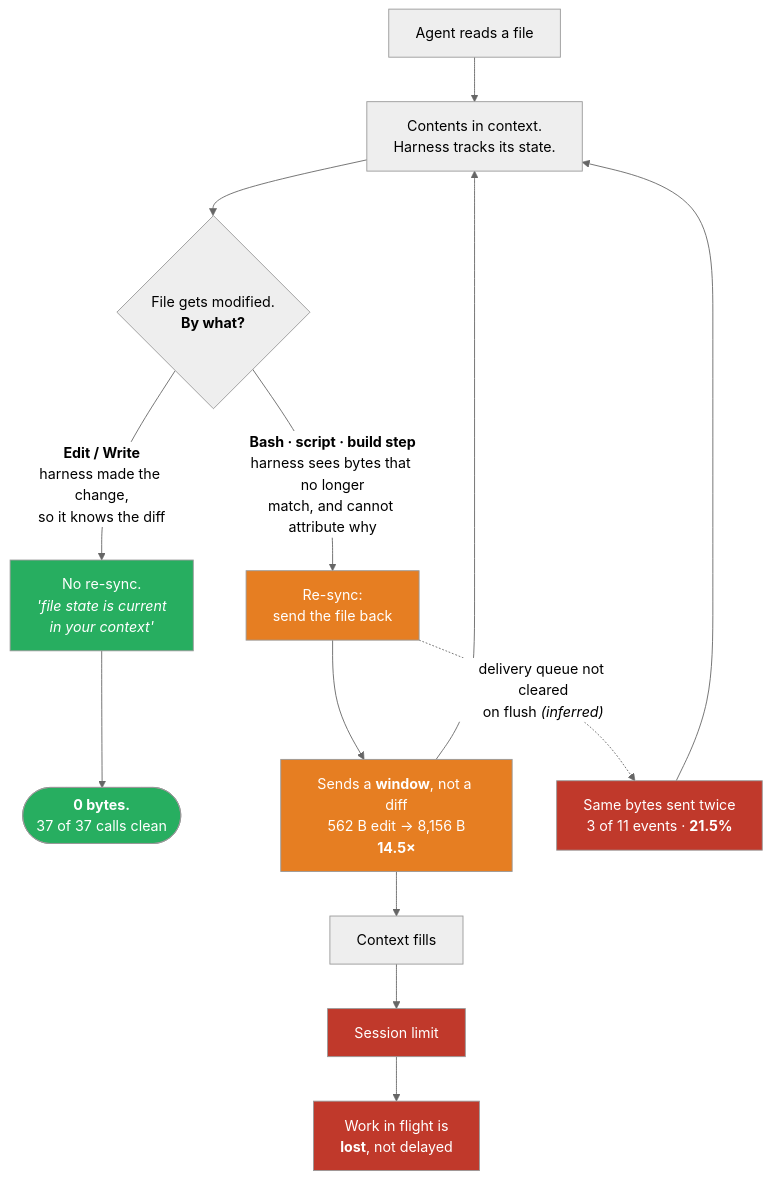
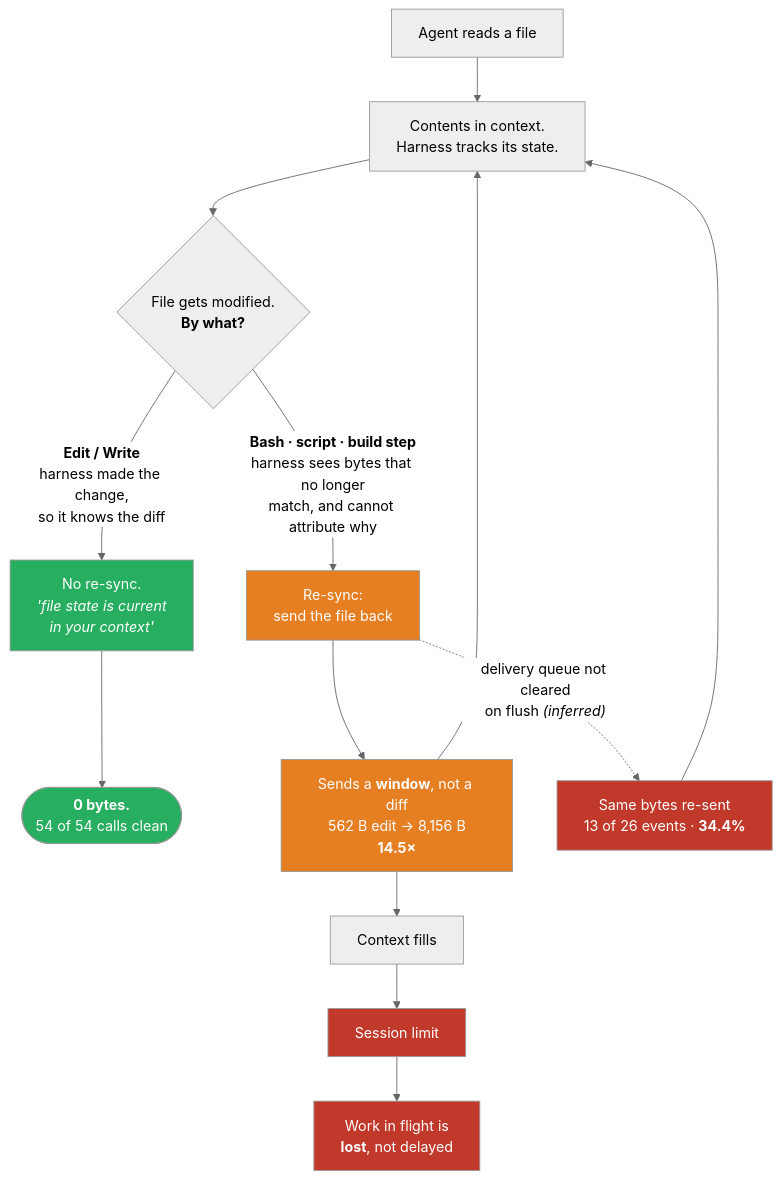
The first of 6 diagrams in docs/00-diagrams.md (Purva-21/claude-session-limit-mitigation), drawn with Mermaid (neutral theme) before and after one commit. The commit also changed other lines of this file and 6 other files, not shown here.

````diff
--- a/docs/00-diagrams.md
+++ b/docs/00-diagrams.md
@@ -13,27 +13,27 @@
 ```mermaid
 flowchart TD
     A["Agent reads a file"] --> B["Contents in context.<br/>Harness tracks its state."]
     B --> C{"File gets modified.<br/><b>By what?</b>"}
 
     C -->|"<b>Edit / Write</b><br/>harness made the change,<br/>so it knows the diff"| OK["No re-sync.<br/><i>'file state is current<br/>in your context'</i>"]
     C -->|"<b>Bash · script · build step</b><br/>harness sees bytes that no longer<br/>match, and cannot attribute why"| RS["Re-sync:<br/>send the file back"]
 
-    OK --> FREE(["<b>0 bytes.</b><br/>37 of 37 calls clean"])
+    OK --> FREE(["<b>0 bytes.</b><br/>54 of 54 calls clean"])
 
     RS --> AMP["Sends a <b>window</b>, not a diff<br/>562 B edit → 8,156 B<br/><b>14.5×</b>"]
-    RS -.->|"delivery queue not cleared<br/>on flush <i>(inferred)</i>"| DUP["Same bytes sent twice<br/>3 of 11 events · <b>21.5%</b>"]
+    RS -.->|"delivery queue not cleared<br/>on flush <i>(inferred)</i>"| DUP["Same bytes re-sent<br/>13 of 26 events · <b>34.4%</b>"]
 
     AMP --> B
     DUP --> B
     AMP --> FILL["Context fills"]
     FILL --> LIM["Session limit"]
     LIM --> LOST["Work in flight is<br/><b>lost</b>, not delayed"]
 
     style OK fill:#27ae60,color:#fff
     style FREE fill:#27ae60,color:#fff
     style RS fill:#e67e22,color:#fff
     style AMP fill:#e67e22,color:#fff
     style DUP fill:#c0392b,color:#fff
     style LIM fill:#c0392b,color:#fff
     style LOST fill:#c0392b,color:#fff
 ```
````
